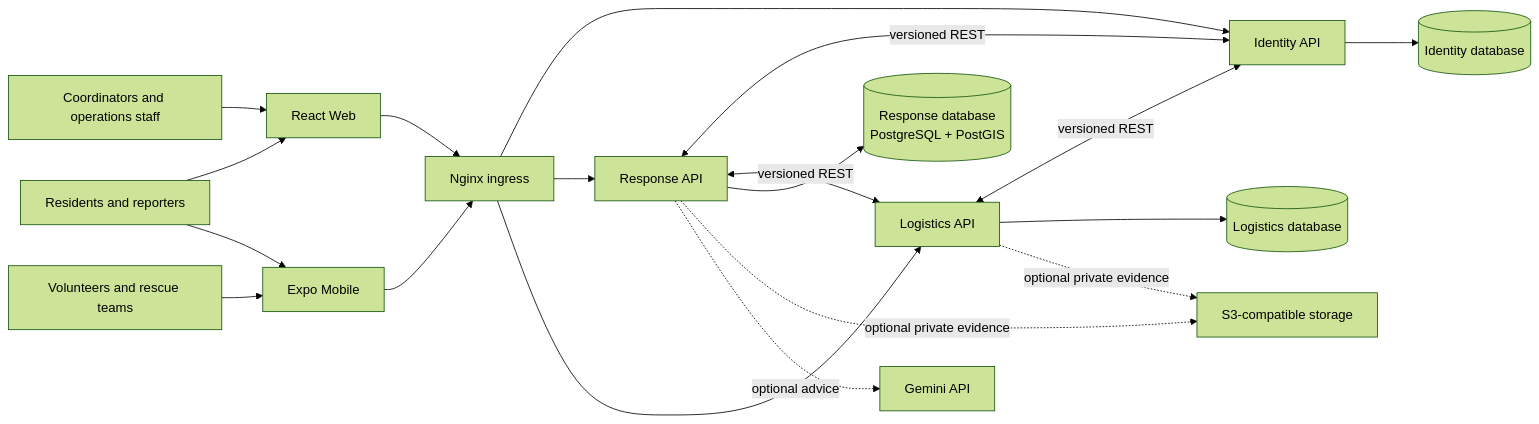
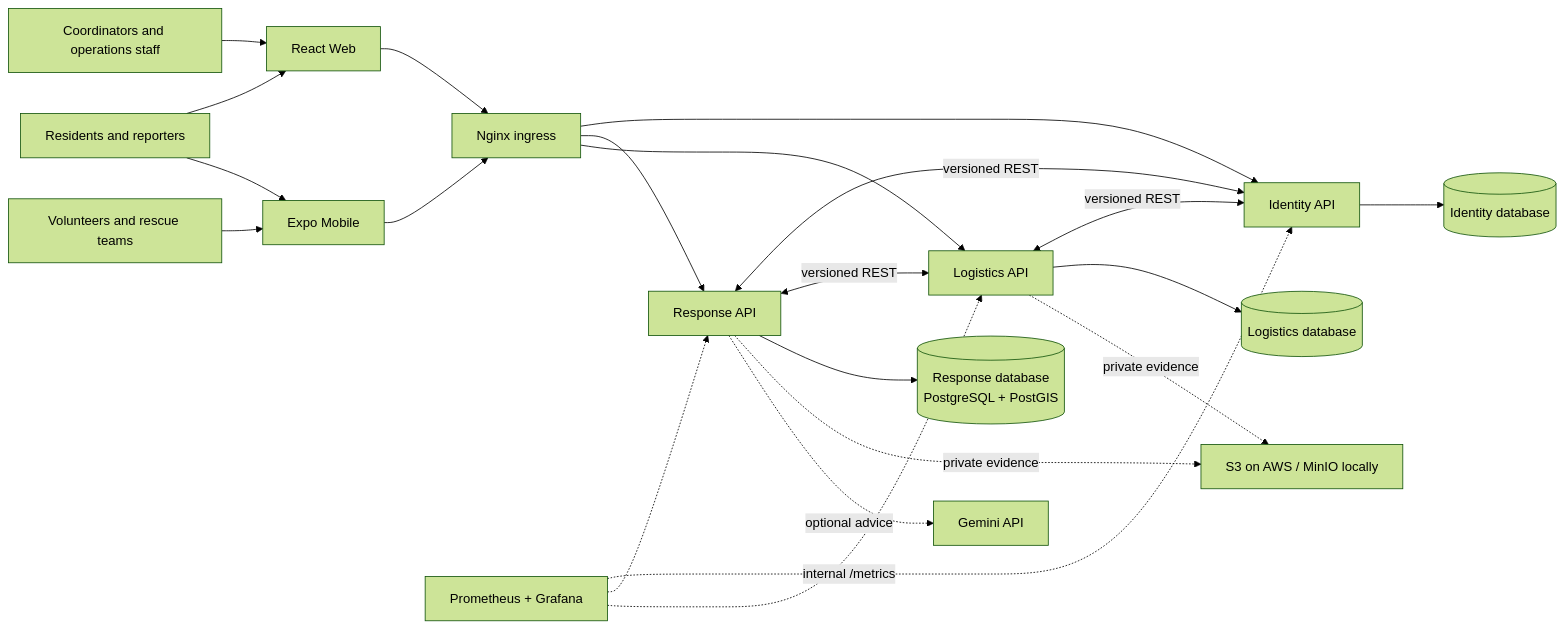
The diagram in README.md (sangvirgo/disaster-relief-management), drawn with Mermaid (forest theme) before and after one commit. The commit also changed other lines of this file and 2 other files, not shown here.

First line of the commit message:
docs: redraw the README with the new screenshots and diagrams; drop the seed password from the Postman collection

````diff
--- a/README.md
+++ b/README.md
@@ -106,21 +142,24 @@
 ```mermaid
 flowchart LR
   Citizen[Residents and reporters] --> Web[React Web]
   Team[Volunteers and rescue teams] --> Mobile[Expo Mobile]
   Coordinator[Coordinators and operations staff] --> Web
   Citizen --> Mobile
   Web --> Gateway[Nginx ingress]
   Mobile --> Gateway
   Gateway --> Identity[Identity API]
   Gateway --> Response[Response API]
   Gateway --> Logistics[Logistics API]
   Response <-->|versioned REST| Identity
   Logistics <-->|versioned REST| Identity
   Response <-->|versioned REST| Logistics
   Identity --> IdentityDB[(Identity database)]
   Response --> ResponseDB[(Response database<br/>PostgreSQL + PostGIS)]
   Logistics --> LogisticsDB[(Logistics database)]
-  Response -. optional private evidence .-> Storage[S3-compatible storage]
-  Logistics -. optional private evidence .-> Storage
+  Response -. private evidence .-> Storage[S3 on AWS / MinIO locally]
+  Logistics -. private evidence .-> Storage
   Response -. optional advice .-> AI[Gemini API]
+  Prom[Prometheus + Grafana] -. internal /metrics .-> Identity
+  Prom -.-> Response
+  Prom -.-> Logistics
 ```
````
